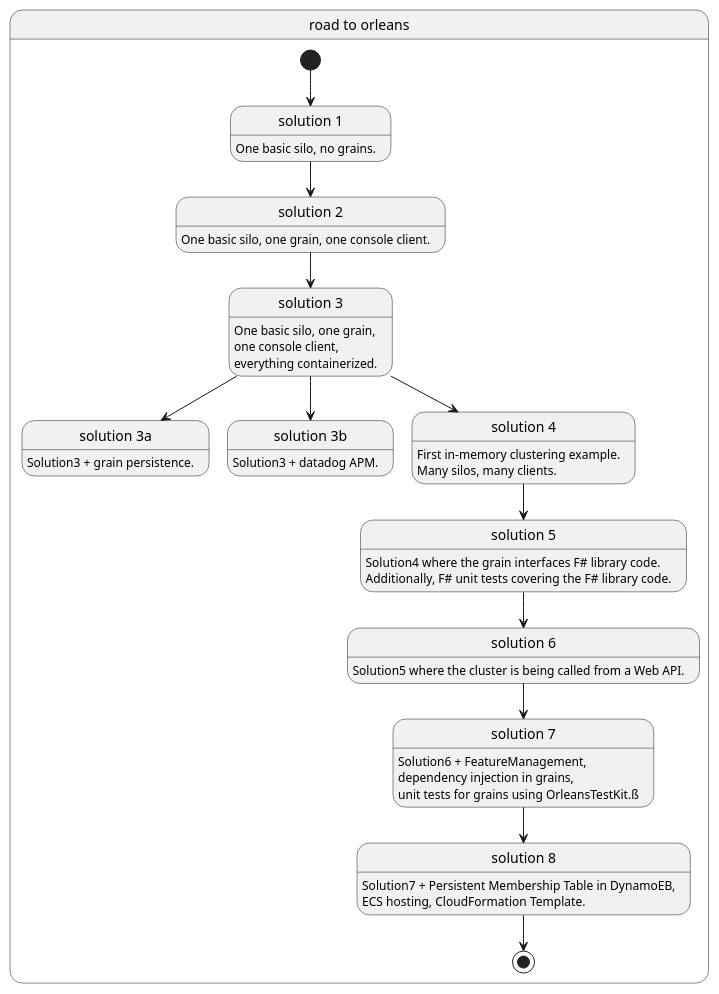
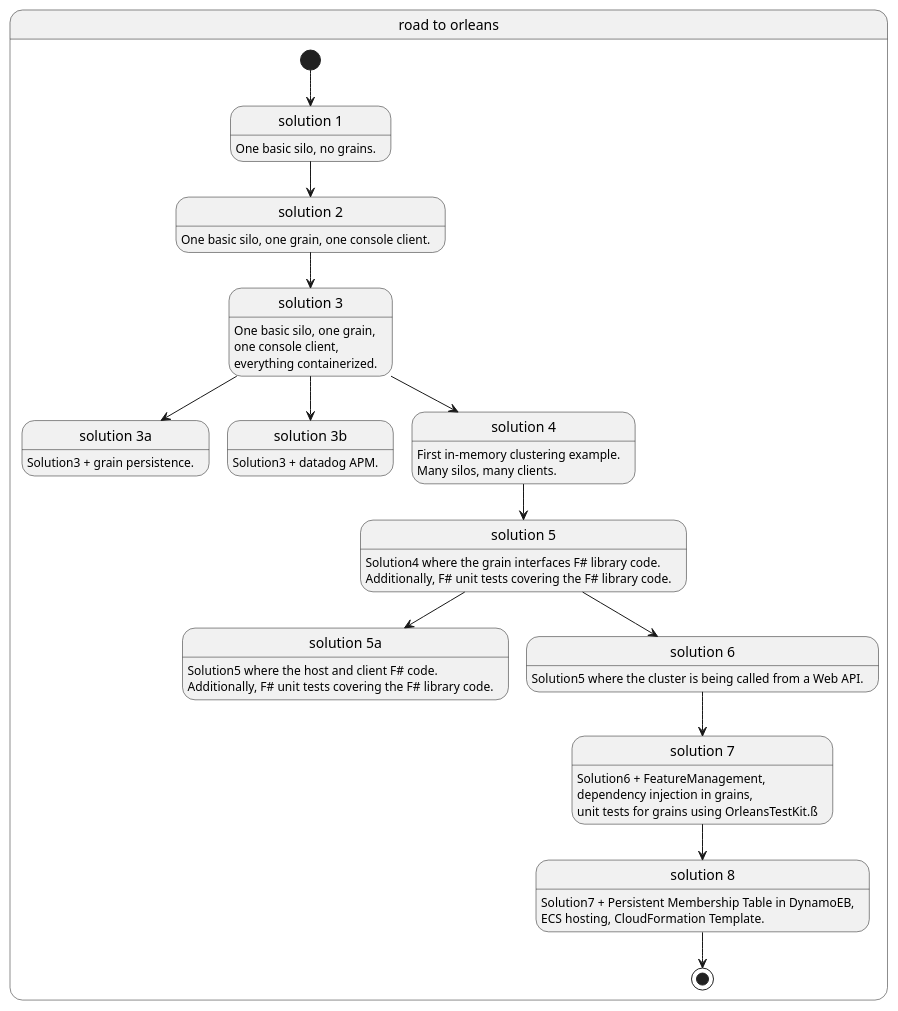
The diagram in solutions.puml (PiotrJustyna/road-to-orleans), drawn with PlantUML before and after one commit. The commit also changed 1 other file, not shown here.

Commit message:
Changed the diagram

```diff
--- a/solutions.puml
+++ b/solutions.puml
@@ -1,63 +1,69 @@
 @startuml
 hide empty description
   state "road to orleans" as PhaseA{
     state "solution 1" as Solution1{
       Solution1 : One basic silo, no grains.
     }
 
     state "solution 2" as Solution2{
       Solution2 : One basic silo, one grain, one console client.
     }
 
     state "solution 3" as Solution3{
       Solution3 : One basic silo, one grain,
       Solution3 : one console client,
       Solution3 : everything containerized.
     }
 
     state "solution 3a" as Solution3a{
       Solution3a : Solution3 + grain persistence.
     }
 
     state "solution 3b" as Solution3b{
       Solution3b : Solution3 + datadog APM.
     }
 
     state "solution 4" as Solution4{
       Solution4 : First in-memory clustering example.
       Solution4 : Many silos, many clients.
     }
 
     state "solution 5" as Solution5{
       Solution5 : Solution4 where the grain interfaces F# library code.
       Solution5 : Additionally, F# unit tests covering the F# library code.
     }
 
+    state "solution 5a" as Solution5a{
+      Solution5a : Solution5 where the host and client F# code.
+      Solution5a : Additionally, F# unit tests covering the F# library code.
+    }
+
     state "solution 6" as Solution6{
       Solution6 : Solution5 where the cluster is being called from a Web API.
     }
 
     state "solution 7" as Solution7{
       Solution7 : Solution6 + FeatureManagement,
       Solution7 : dependency injection in grains,
       Solution7 : unit tests for grains using OrleansTestKit.ß
     }
 
     state "solution 8" as Solution8{
       Solution8 : Solution7 + Persistent Membership Table in DynamoEB,
       Solution8 : ECS hosting, CloudFormation Template.
     }
 
     [*] --> Solution1
     Solution1 --> Solution2
     Solution2 --> Solution3
     Solution3 --> Solution3a
     Solution3 --> Solution3b
     Solution3 --> Solution4
     Solution4 --> Solution5
+    Solution5 --> Solution5a
     Solution5 --> Solution6
     Solution6 --> Solution7
     Solution7 --> Solution8
     Solution8 --> [*]
   }
 @enduml
```
